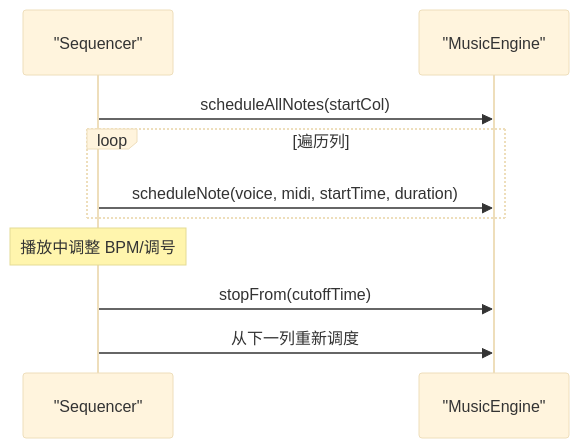
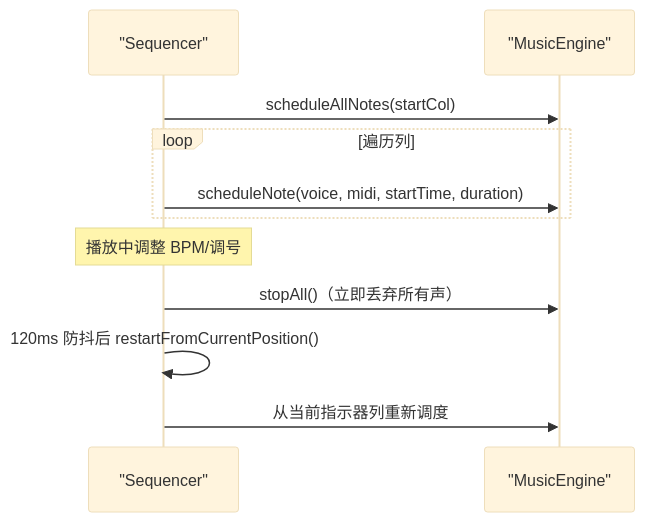
The fifth of 6 diagrams in wiki/音乐引擎核心/音频合成算法.md (wingmeng/SUBOR-Music-Board), drawn with Mermaid (base theme) before and after one commit. The commit also changed other lines of this file and 45 other files, not shown here.

````diff
--- a/wiki/音乐引擎核心/音频合成算法.md
+++ b/wiki/音乐引擎核心/音频合成算法.md
@@ -223,12 +223,13 @@
 ```mermaid
 sequenceDiagram
 participant SEQ as "Sequencer"
 participant ME as "MusicEngine"
 SEQ->>ME : scheduleAllNotes(startCol)
 loop 遍历列
 SEQ->>ME : scheduleNote(voice, midi, startTime, duration)
 end
 Note over SEQ : 播放中调整 BPM/调号
-SEQ->>ME : stopFrom(cutoffTime)
-SEQ->>ME : 从下一列重新调度
+SEQ->>ME : stopAll()（立即丢弃所有声）
+SEQ->>SEQ : 120ms 防抖后 restartFromCurrentPosition()
+SEQ->>ME : 从当前指示器列重新调度
 ```
````
